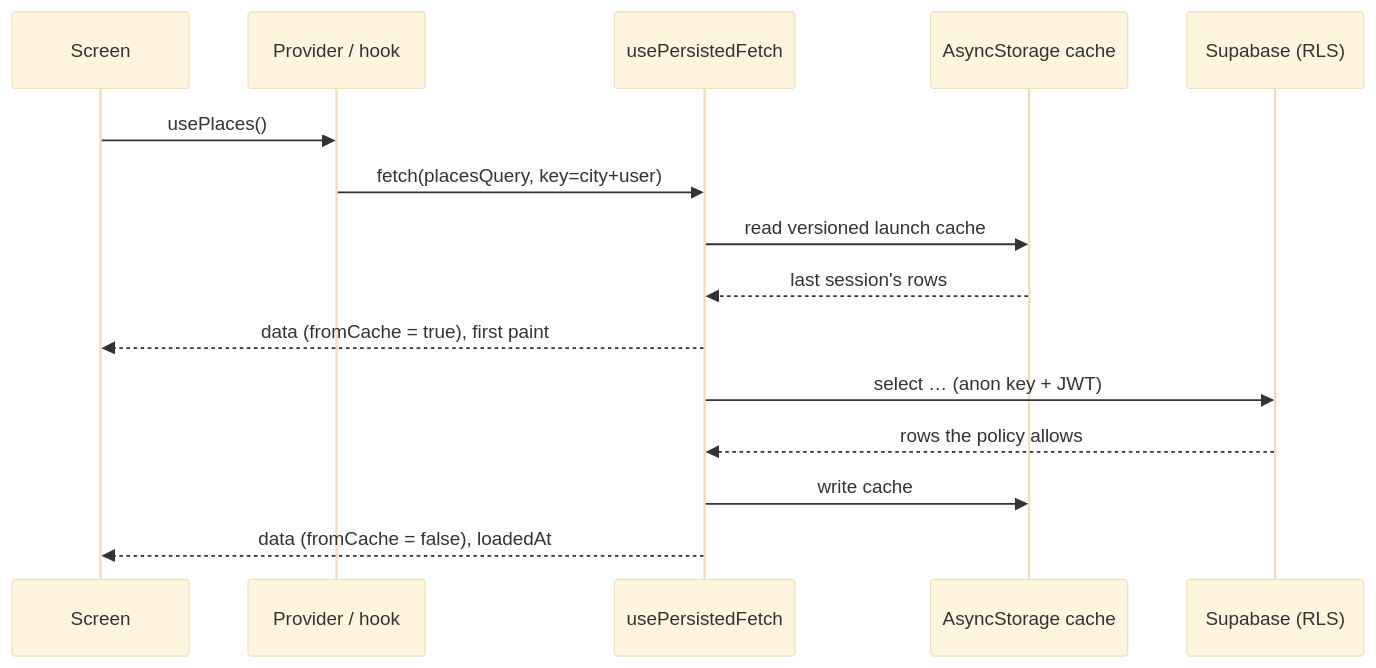
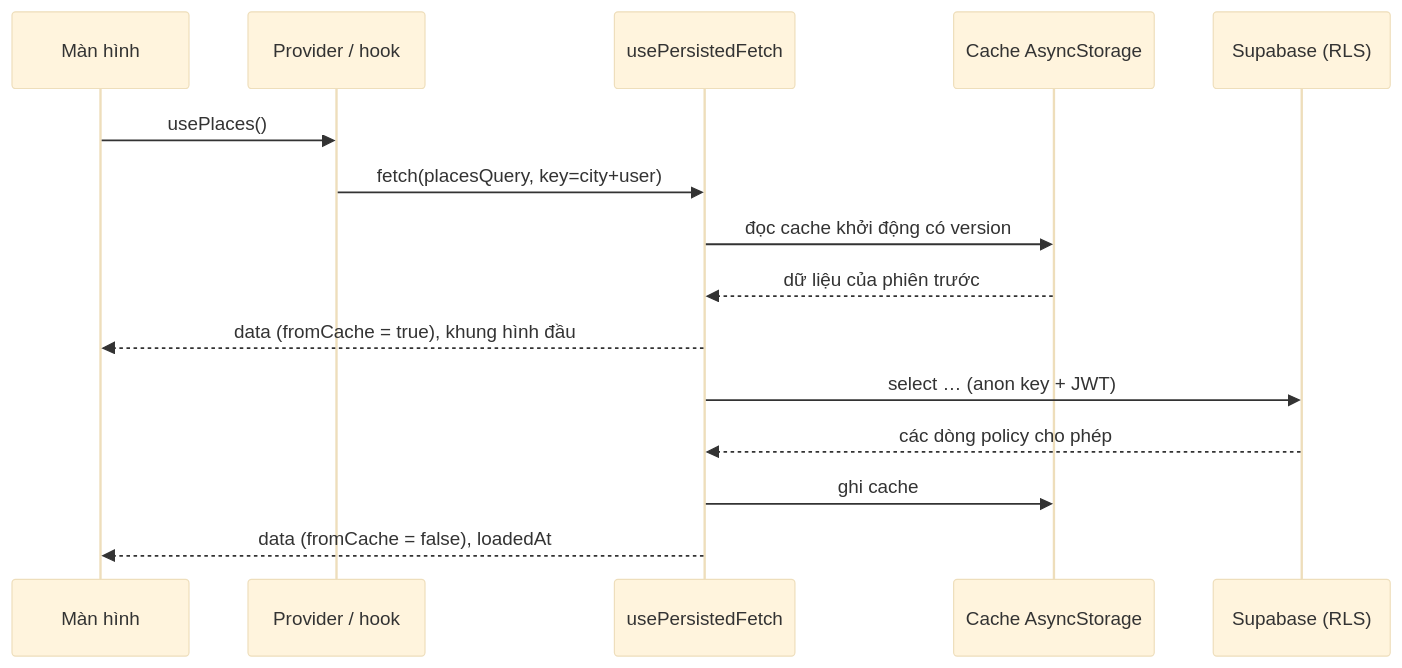
The second of 6 diagrams in docs/system-design.md (aletuan/city-crew), drawn with Mermaid (base theme) before and after one commit. The commit also changed other lines of this file, not shown here.

````diff
--- a/docs/system-design.md
+++ b/docs/system-design.md
@@ -129,17 +126,17 @@
 ```mermaid
 sequenceDiagram
-  participant S as Screen
+  participant S as Màn hình
   participant P as Provider / hook
   participant F as usePersistedFetch
-  participant C as AsyncStorage cache
+  participant C as Cache AsyncStorage
   participant DB as Supabase (RLS)
   S->>P: usePlaces()
   P->>F: fetch(placesQuery, key=city+user)
-  F->>C: read versioned launch cache
-  C-->>F: last session's rows
-  F-->>S: data (fromCache = true), first paint
+  F->>C: đọc cache khởi động có version
+  C-->>F: dữ liệu của phiên trước
+  F-->>S: data (fromCache = true), khung hình đầu
   F->>DB: select … (anon key + JWT)
-  DB-->>F: rows the policy allows
-  F->>C: write cache
+  DB-->>F: các dòng policy cho phép
+  F->>C: ghi cache
   F-->>S: data (fromCache = false), loadedAt
 ```
````
